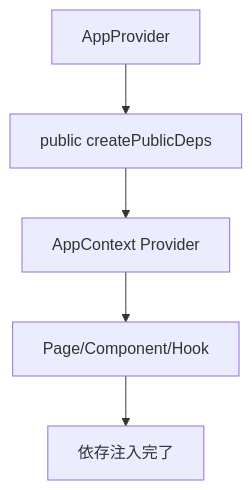
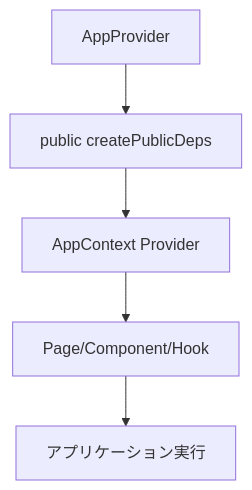
Before and after one commit to LevelCapTech/Agile-PMBOK-Assist: the second of 2 diagrams in .github/copilot/plans/00-nextjs-plugin-ssot.md, drawn with Mermaid.

Commit message:
fix: フロー終端ラベルを実行状態に調整
依存解決後の状態を示す終端ラベルへ更新した。

````diff
--- a/.github/copilot/plans/00-nextjs-plugin-ssot.md
+++ b/.github/copilot/plans/00-nextjs-plugin-ssot.md
@@ -67,7 +67,7 @@
 ```mermaid
 flowchart TD
   A[AppProvider] --> B[public createPublicDeps]
   B --> C[AppContext Provider]
   C --> D[Page/Component/Hook]
-  D --> E[依存注入完了]
+  D --> E[アプリケーション実行]
 ```
````
